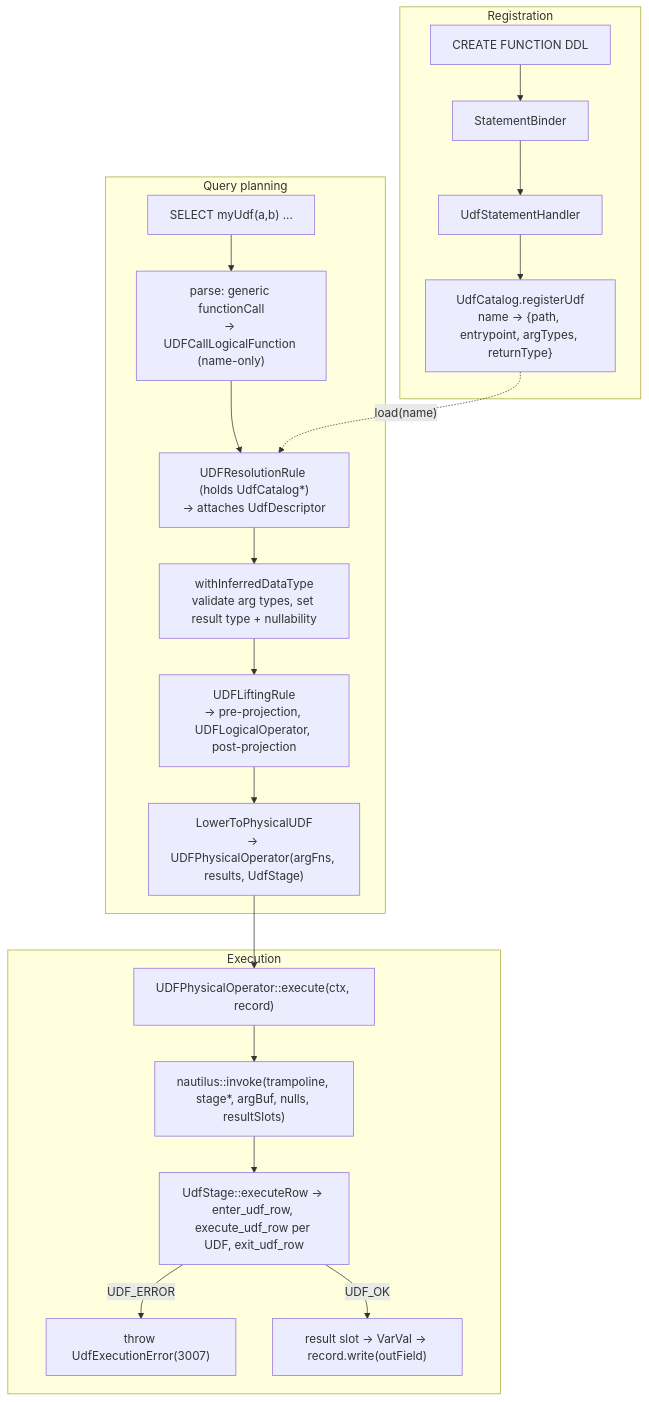
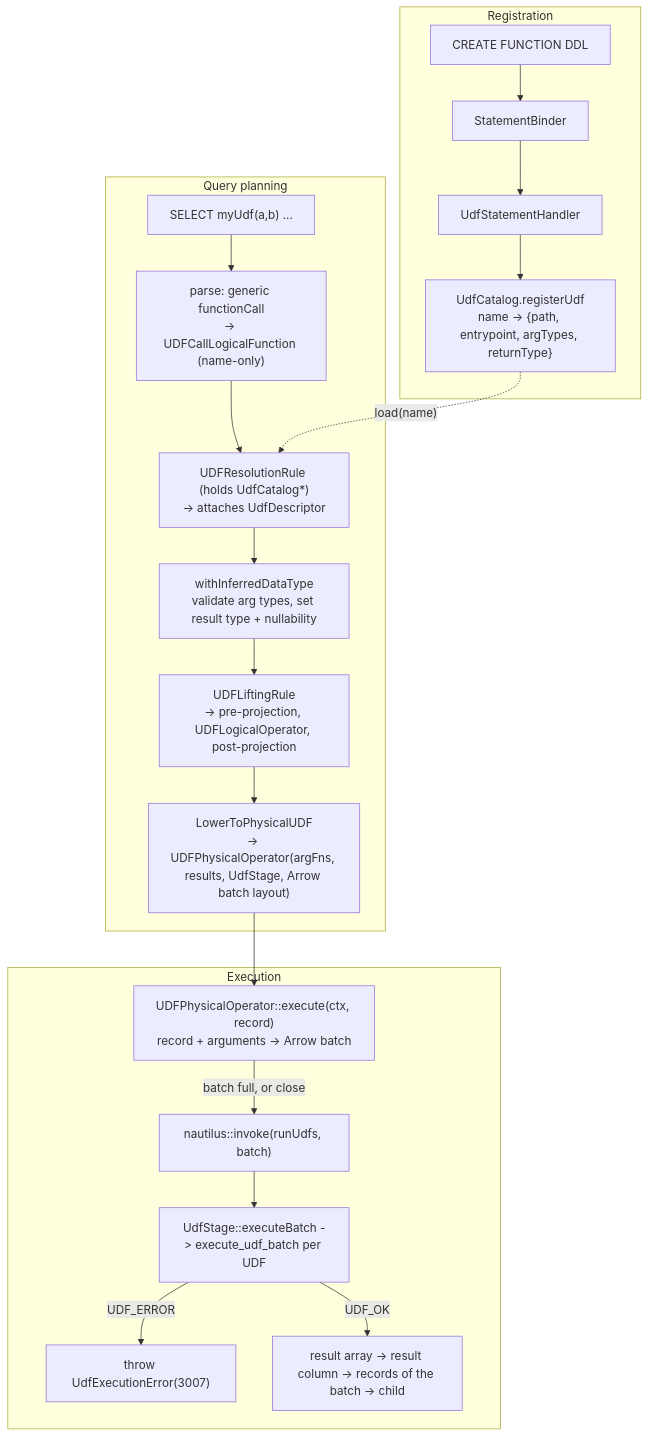
Before and after one commit to nebulastream/nebulastream: the first of 2 diagrams in docs/design/20260708_Scalar_UDF_Support.md, drawn with Mermaid. The commit also changed other lines of this file and 31 other files, not shown here.

````diff
--- a/docs/design/20260708_Scalar_UDF_Support.md
+++ b/docs/design/20260708_Scalar_UDF_Support.md
@@ -182,24 +182,24 @@
 ```mermaid
 flowchart TD
     subgraph Registration
       DDL["CREATE FUNCTION DDL"] --> BIND["StatementBinder"] --> H["UdfStatementHandler"] --> CAT["UdfCatalog.registerUdf<br/>name -> {path, entrypoint, argTypes, returnType}"]
     end
 
     subgraph "Query planning"
       Q["SELECT myUdf(a,b) ..."] --> P["parse: generic functionCall<br/>-> UDFCallLogicalFunction (name-only)"]
       P --> R["UDFResolutionRule (holds UdfCatalog*)<br/>-> attaches UdfDescriptor"]
       R --> T["withInferredDataType<br/>validate arg types, set result type + nullability"]
       T --> LI["UDFLiftingRule<br/>-> pre-projection, UDFLogicalOperator, post-projection"]
-      LI --> L["LowerToPhysicalUDF<br/>-> UDFPhysicalOperator(argFns, results, UdfStage)"]
+      LI --> L["LowerToPhysicalUDF<br/>-> UDFPhysicalOperator(argFns, results, UdfStage, Arrow batch layout)"]
     end
 
     subgraph Execution
-      L --> M["UDFPhysicalOperator::execute(ctx, record)"]
-      M --> IV["nautilus::invoke(trampoline, stage*, argBuf, nulls, resultSlots)"]
-      IV --> BE["UdfStage::executeRow -> enter_udf_row, execute_udf_row per UDF, exit_udf_row"]
+      L --> M["UDFPhysicalOperator::execute(ctx, record)<br/>record + arguments -> Arrow batch"]
+      M -->|batch full, or close| IV["nautilus::invoke(runUdfs, batch)"]
+      IV --> BE["UdfStage::executeBatch -> execute_udf_batch per UDF"]
       BE -->|UDF_ERROR| EX["throw UdfExecutionError(3007)"]
-      BE -->|UDF_OK| OUT["result slot -> VarVal -> record.write(outField)"]
+      BE -->|UDF_OK| OUT["result array -> result column -> records of the batch -> child"]
     end
 
     CAT -. "load(name)" .-> R
 ```
````
